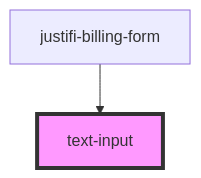
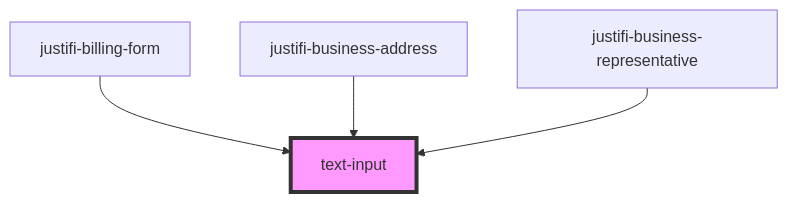
One commit to justifi-tech/web-component-library changed the diagram in stencil-library/src/components/text-input/readme.md. Above: the diagram before and after it, drawn with Mermaid. The commit also changed other lines of this file and 10 other files, not shown here.

````diff
--- a/stencil-library/src/components/text-input/readme.md
+++ b/stencil-library/src/components/text-input/readme.md
@@ -39,5 +41,7 @@
 ```mermaid
 graph TD;
   justifi-billing-form --> text-input
+  justifi-business-address --> text-input
+  justifi-business-representative --> text-input
   style text-input fill:#f9f,stroke:#333,stroke-width:4px
 ```
````
